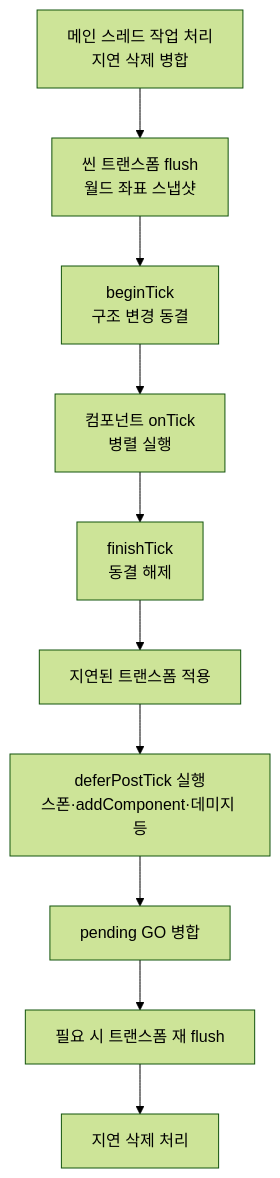
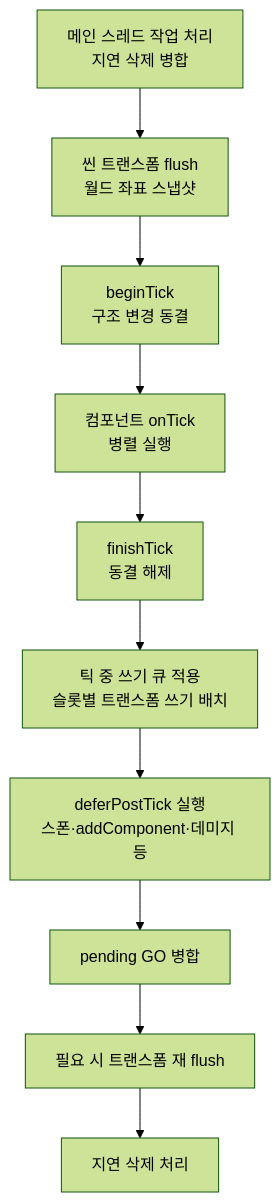
Before and after one commit to sswgame/LearningTemplate: the first of 3 diagrams in Source/Engine/Object/README.md, drawn with Mermaid (forest theme). The commit also changed other lines of this file and 22 other files, not shown here.

````diff
--- a/Source/Engine/Object/README.md
+++ b/Source/Engine/Object/README.md
@@ -58,12 +58,12 @@
 ```mermaid
 flowchart TD
   A[메인 스레드 작업 처리<br/>지연 삭제 병합] --> B[씬 트랜스폼 flush<br/>월드 좌표 스냅샷]
   B --> C[beginTick<br/>구조 변경 동결]
   C --> D[컴포넌트 onTick<br/>병렬 실행]
   D --> E[finishTick<br/>동결 해제]
-  E --> F[지연된 트랜스폼 적용]
+  E --> F[틱 중 쓰기 큐 적용<br/>슬롯별 트랜스폼 쓰기 배치]
   F --> G[deferPostTick 실행<br/>스폰·addComponent·데미지 등]
   G --> H[pending GO 병합]
   H --> I[필요 시 트랜스폼 재 flush]
   I --> J[지연 삭제 처리]
 ```
````
